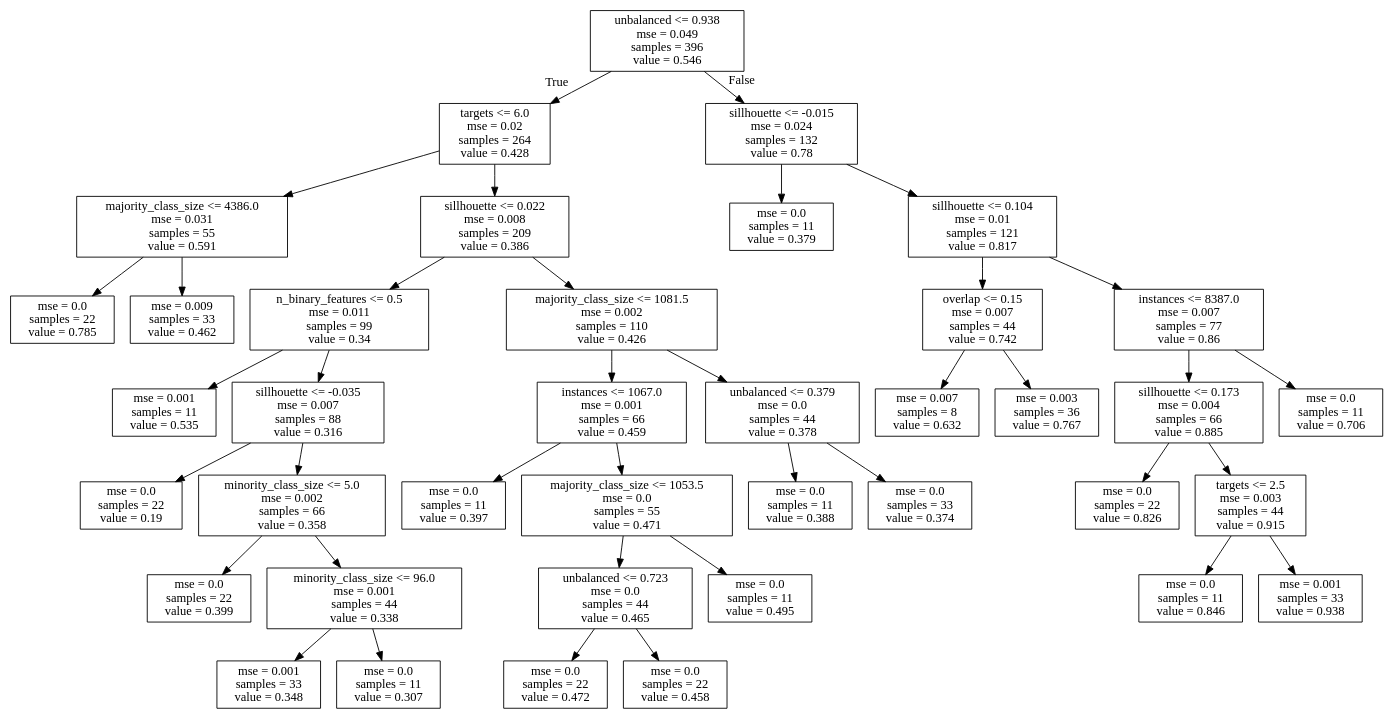
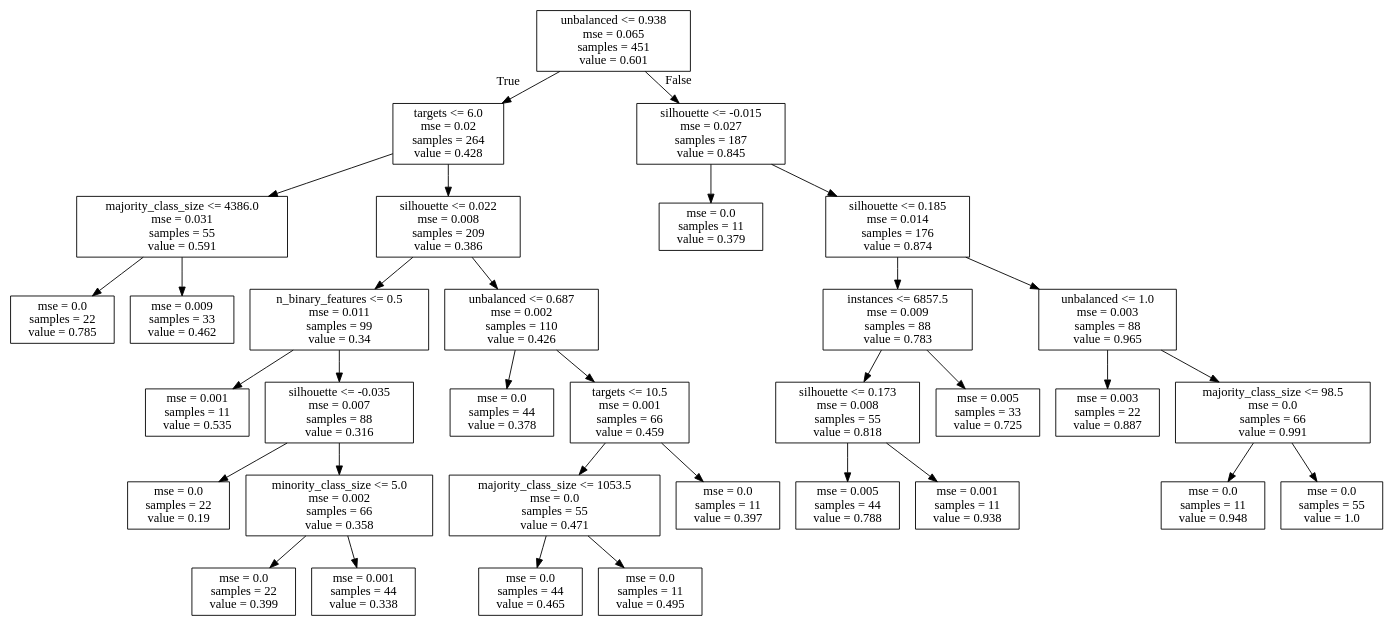
The diagram in analysis/learning/regression/results/trees/cmb_svc_f1_scores.dot (rsboos/DistributedClassifier), drawn with Graphviz before and after one commit. The commit also changed 147 other files, not shown here.

```diff
--- a/analysis/learning/regression/results/trees/cmb_svc_f1_scores.dot
+++ b/analysis/learning/regression/results/trees/cmb_svc_f1_scores.dot
@@ -1,80 +1,68 @@
 digraph Tree {
 node [shape=box] ;
-0 [label="unbalanced <= 0.938\nmse = 0.049\nsamples = 396\nvalue = 0.546"] ;
+0 [label="unbalanced <= 0.938\nmse = 0.065\nsamples = 451\nvalue = 0.601"] ;
 1 [label="targets <= 6.0\nmse = 0.02\nsamples = 264\nvalue = 0.428"] ;
 0 -> 1 [labeldistance=2.5, labelangle=45, headlabel="True"] ;
 2 [label="majority_class_size <= 4386.0\nmse = 0.031\nsamples = 55\nvalue = 0.591"] ;
 1 -> 2 ;
 3 [label="mse = 0.0\nsamples = 22\nvalue = 0.785"] ;
 2 -> 3 ;
 4 [label="mse = 0.009\nsamples = 33\nvalue = 0.462"] ;
 2 -> 4 ;
-5 [label="sillhouette <= 0.022\nmse = 0.008\nsamples = 209\nvalue = 0.386"] ;
+5 [label="silhouette <= 0.022\nmse = 0.008\nsamples = 209\nvalue = 0.386"] ;
 1 -> 5 ;
 6 [label="n_binary_features <= 0.5\nmse = 0.011\nsamples = 99\nvalue = 0.34"] ;
 5 -> 6 ;
 7 [label="mse = 0.001\nsamples = 11\nvalue = 0.535"] ;
 6 -> 7 ;
-8 [label="sillhouette <= -0.035\nmse = 0.007\nsamples = 88\nvalue = 0.316"] ;
+8 [label="silhouette <= -0.035\nmse = 0.007\nsamples = 88\nvalue = 0.316"] ;
 6 -> 8 ;
 9 [label="mse = 0.0\nsamples = 22\nvalue = 0.19"] ;
 8 -> 9 ;
 10 [label="minority_class_size <= 5.0\nmse = 0.002\nsamples = 66\nvalue = 0.358"] ;
 8 -> 10 ;
 11 [label="mse = 0.0\nsamples = 22\nvalue = 0.399"] ;
 10 -> 11 ;
-12 [label="minority_class_size <= 96.0\nmse = 0.001\nsamples = 44\nvalue = 0.338"] ;
+12 [label="mse = 0.001\nsamples = 44\nvalue = 0.338"] ;
 10 -> 12 ;
-13 [label="mse = 0.001\nsamples = 33\nvalue = 0.348"] ;
-12 -> 13 ;
-14 [label="mse = 0.0\nsamples = 11\nvalue = 0.307"] ;
-12 -> 14 ;
-15 [label="majority_class_size <= 1081.5\nmse = 0.002\nsamples = 110\nvalue = 0.426"] ;
-5 -> 15 ;
-16 [label="instances <= 1067.0\nmse = 0.001\nsamples = 66\nvalue = 0.459"] ;
+13 [label="unbalanced <= 0.687\nmse = 0.002\nsamples = 110\nvalue = 0.426"] ;
+5 -> 13 ;
+14 [label="mse = 0.0\nsamples = 44\nvalue = 0.378"] ;
+13 -> 14 ;
+15 [label="targets <= 10.5\nmse = 0.001\nsamples = 66\nvalue = 0.459"] ;
+13 -> 15 ;
+16 [label="majority_class_size <= 1053.5\nmse = 0.0\nsamples = 55\nvalue = 0.471"] ;
 15 -> 16 ;
-17 [label="mse = 0.0\nsamples = 11\nvalue = 0.397"] ;
+17 [label="mse = 0.0\nsamples = 44\nvalue = 0.465"] ;
 16 -> 17 ;
-18 [label="majority_class_size <= 1053.5\nmse = 0.0\nsamples = 55\nvalue = 0.471"] ;
+18 [label="mse = 0.0\nsamples = 11\nvalue = 0.495"] ;
 16 -> 18 ;
-19 [label="unbalanced <= 0.723\nmse = 0.0\nsamples = 44\nvalue = 0.465"] ;
-18 -> 19 ;
-20 [label="mse = 0.0\nsamples = 22\nvalue = 0.472"] ;
-19 -> 20 ;
-21 [label="mse = 0.0\nsamples = 22\nvalue = 0.458"] ;
-19 -> 21 ;
-22 [label="mse = 0.0\nsamples = 11\nvalue = 0.495"] ;
-18 -> 22 ;
-23 [label="unbalanced <= 0.379\nmse = 0.0\nsamples = 44\nvalue = 0.378"] ;
-15 -> 23 ;
-24 [label="mse = 0.0\nsamples = 11\nvalue = 0.388"] ;
+19 [label="mse = 0.0\nsamples = 11\nvalue = 0.397"] ;
+15 -> 19 ;
+20 [label="silhouette <= -0.015\nmse = 0.027\nsamples = 187\nvalue = 0.845"] ;
+0 -> 20 [labeldistance=2.5, labelangle=-45, headlabel="False"] ;
+21 [label="mse = 0.0\nsamples = 11\nvalue = 0.379"] ;
+20 -> 21 ;
+22 [label="silhouette <= 0.185\nmse = 0.014\nsamples = 176\nvalue = 0.874"] ;
+20 -> 22 ;
+23 [label="instances <= 6857.5\nmse = 0.009\nsamples = 88\nvalue = 0.783"] ;
+22 -> 23 ;
+24 [label="silhouette <= 0.173\nmse = 0.008\nsamples = 55\nvalue = 0.818"] ;
 23 -> 24 ;
-25 [label="mse = 0.0\nsamples = 33\nvalue = 0.374"] ;
-23 -> 25 ;
-26 [label="sillhouette <= -0.015\nmse = 0.024\nsamples = 132\nvalue = 0.78"] ;
-0 -> 26 [labeldistance=2.5, labelangle=-45, headlabel="False"] ;
-27 [label="mse = 0.0\nsamples = 11\nvalue = 0.379"] ;
-26 -> 27 ;
-28 [label="sillhouette <= 0.104\nmse = 0.01\nsamples = 121\nvalue = 0.817"] ;
-26 -> 28 ;
-29 [label="overlap <= 0.15\nmse = 0.007\nsamples = 44\nvalue = 0.742"] ;
+25 [label="mse = 0.005\nsamples = 44\nvalue = 0.788"] ;
+24 -> 25 ;
+26 [label="mse = 0.001\nsamples = 11\nvalue = 0.938"] ;
+24 -> 26 ;
+27 [label="mse = 0.005\nsamples = 33\nvalue = 0.725"] ;
+23 -> 27 ;
+28 [label="unbalanced <= 1.0\nmse = 0.003\nsamples = 88\nvalue = 0.965"] ;
+22 -> 28 ;
+29 [label="mse = 0.003\nsamples = 22\nvalue = 0.887"] ;
 28 -> 29 ;
-30 [label="mse = 0.007\nsamples = 8\nvalue = 0.632"] ;
-29 -> 30 ;
-31 [label="mse = 0.003\nsamples = 36\nvalue = 0.767"] ;
-29 -> 31 ;
-32 [label="instances <= 8387.0\nmse = 0.007\nsamples = 77\nvalue = 0.86"] ;
-28 -> 32 ;
-33 [label="sillhouette <= 0.173\nmse = 0.004\nsamples = 66\nvalue = 0.885"] ;
-32 -> 33 ;
-34 [label="mse = 0.0\nsamples = 22\nvalue = 0.826"] ;
-33 -> 34 ;
-35 [label="targets <= 2.5\nmse = 0.003\nsamples = 44\nvalue = 0.915"] ;
-33 -> 35 ;
-36 [label="mse = 0.0\nsamples = 11\nvalue = 0.846"] ;
-35 -> 36 ;
-37 [label="mse = 0.001\nsamples = 33\nvalue = 0.938"] ;
-35 -> 37 ;
-38 [label="mse = 0.0\nsamples = 11\nvalue = 0.706"] ;
-32 -> 38 ;
+30 [label="majority_class_size <= 98.5\nmse = 0.0\nsamples = 66\nvalue = 0.991"] ;
+28 -> 30 ;
+31 [label="mse = 0.0\nsamples = 11\nvalue = 0.948"] ;
+30 -> 31 ;
+32 [label="mse = 0.0\nsamples = 55\nvalue = 1.0"] ;
+30 -> 32 ;
 }
```
